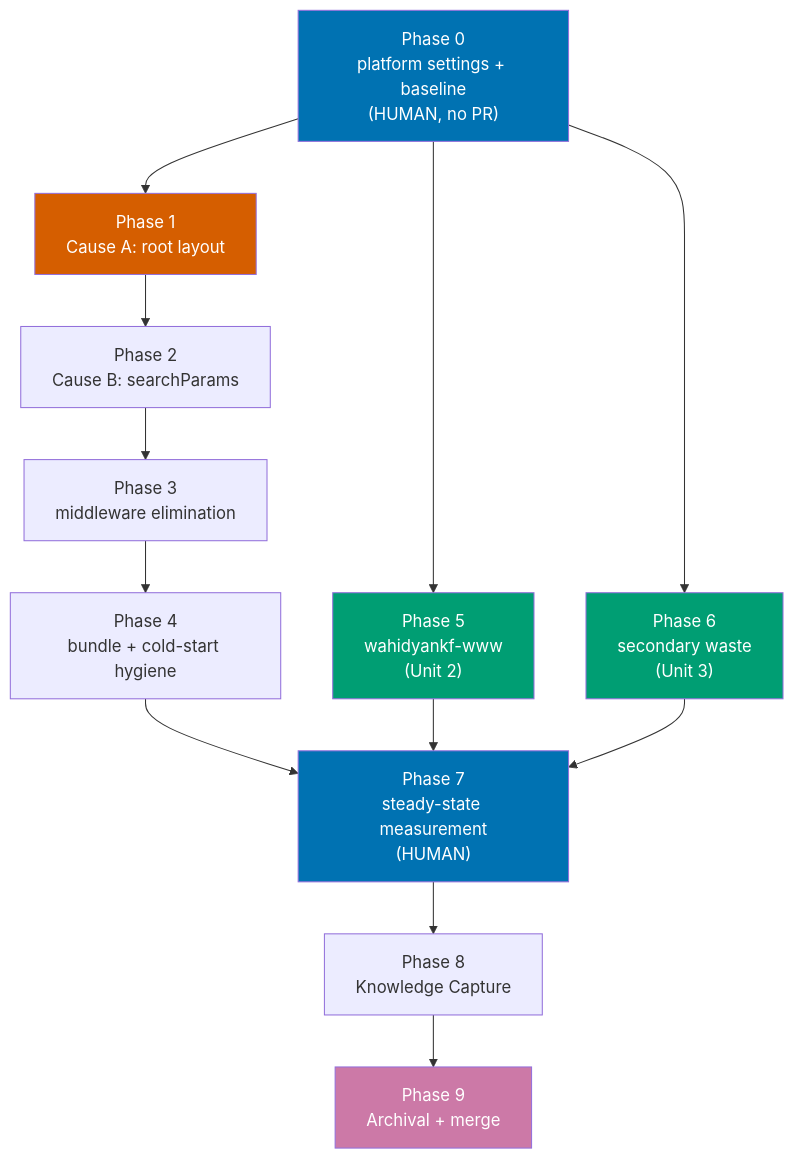
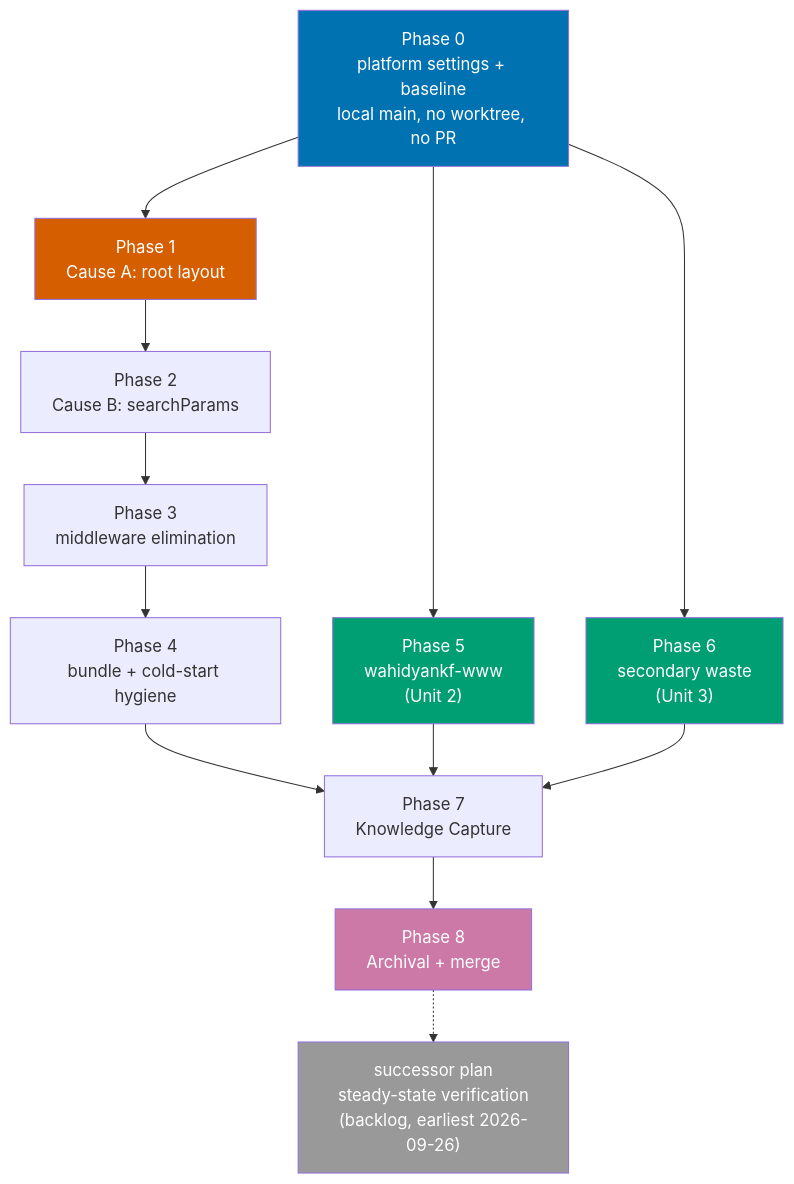
The diagram in plans/in-progress/vercel-function-cost-reduction/delivery.md (wahidyankf/open-sharia-fintech), drawn with Mermaid before and after one commit. The commit also changed other lines of this file and 5 other files, not shown here.

````diff
--- a/plans/in-progress/vercel-function-cost-reduction/delivery.md
+++ b/plans/in-progress/vercel-function-cost-reduction/delivery.md
@@ -56,25 +75,26 @@
 ```mermaid
 flowchart TD
-  P0["Phase 0<br/>platform settings + baseline<br/>(HUMAN, no PR)"]
+  P0["Phase 0<br/>platform settings + baseline<br/>local main, no worktree, no PR"]
   U1A["Phase 1<br/>Cause A: root layout"]
   U1B["Phase 2<br/>Cause B: searchParams"]
   U1C["Phase 3<br/>middleware elimination"]
   U1D["Phase 4<br/>bundle + cold-start hygiene"]
   U2["Phase 5<br/>wahidyankf-www<br/>(Unit 2)"]
   U3["Phase 6<br/>secondary waste<br/>(Unit 3)"]
-  P7["Phase 7<br/>steady-state measurement<br/>(HUMAN)"]
-  P8["Phase 8<br/>Knowledge Capture"]
-  P9["Phase 9<br/>Archival + merge"]
+  P7["Phase 7<br/>Knowledge Capture"]
+  P8["Phase 8<br/>Archival + merge"]
+  SUCC["successor plan<br/>steady-state verification<br/>(backlog, earliest 2026-09-26)"]
 
   P0 --> U1A --> U1B --> U1C --> U1D --> P7
   P0 --> U2 --> P7
   P0 --> U3 --> P7
-  P7 --> P8 --> P9
+  P7 --> P8
+  P8 -.-> SUCC
 
   style P0 fill:#0072B2,color:#FFFFFF
-  style P7 fill:#0072B2,color:#FFFFFF
   style U1A fill:#D55E00,color:#FFFFFF
   style U2 fill:#009E73,color:#FFFFFF
   style U3 fill:#009E73,color:#FFFFFF
-  style P9 fill:#CC79A7,color:#FFFFFF
+  style P8 fill:#CC79A7,color:#FFFFFF
+  style SUCC fill:#999999,color:#FFFFFF
 ```
````
